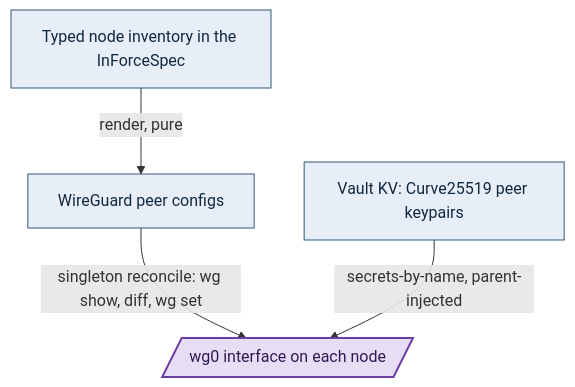
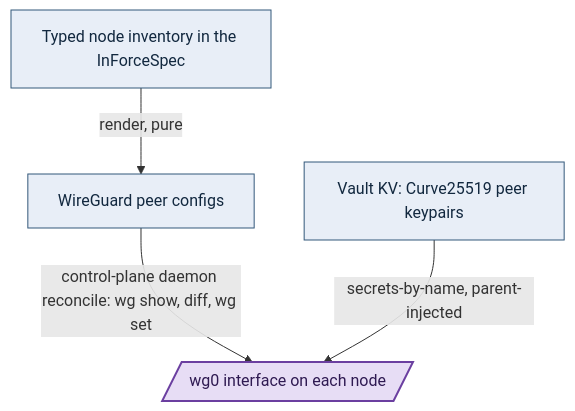
One commit to Tuee22/amoebius changed the diagram in documents/engineering/network_fabric_doctrine.md. Above: the diagram before and after it, drawn with Mermaid. The commit also changed other lines of this file and 1233 other files, not shown here.

````diff
--- a/documents/engineering/network_fabric_doctrine.md
+++ b/documents/engineering/network_fabric_doctrine.md
@@ -128,9 +128,9 @@
 ```mermaid
 flowchart TD
 %% register: algebra
   inv["Typed node inventory in the InForceSpec"]:::intent -->|render, pure| cfg["WireGuard peer configs"]:::intent
-  cfg -->|singleton reconcile: wg show, diff, wg set| iface[/"wg0 interface on each node"/]:::effect
+  cfg -->|control-plane daemon reconcile: wg show, diff, wg set| iface[/"wg0 interface on each node"/]:::effect
   vault["Vault KV: Curve25519 peer keypairs"]:::intent -->|secrets-by-name, parent-injected| iface
   classDef intent   fill:#e8eef7,stroke:#33587a,color:#12283f,stroke-width:1px
   classDef effect   fill:#e7ddf5,stroke:#6b3fa0,color:#2f1a52,stroke-width:2px
 ```
````
